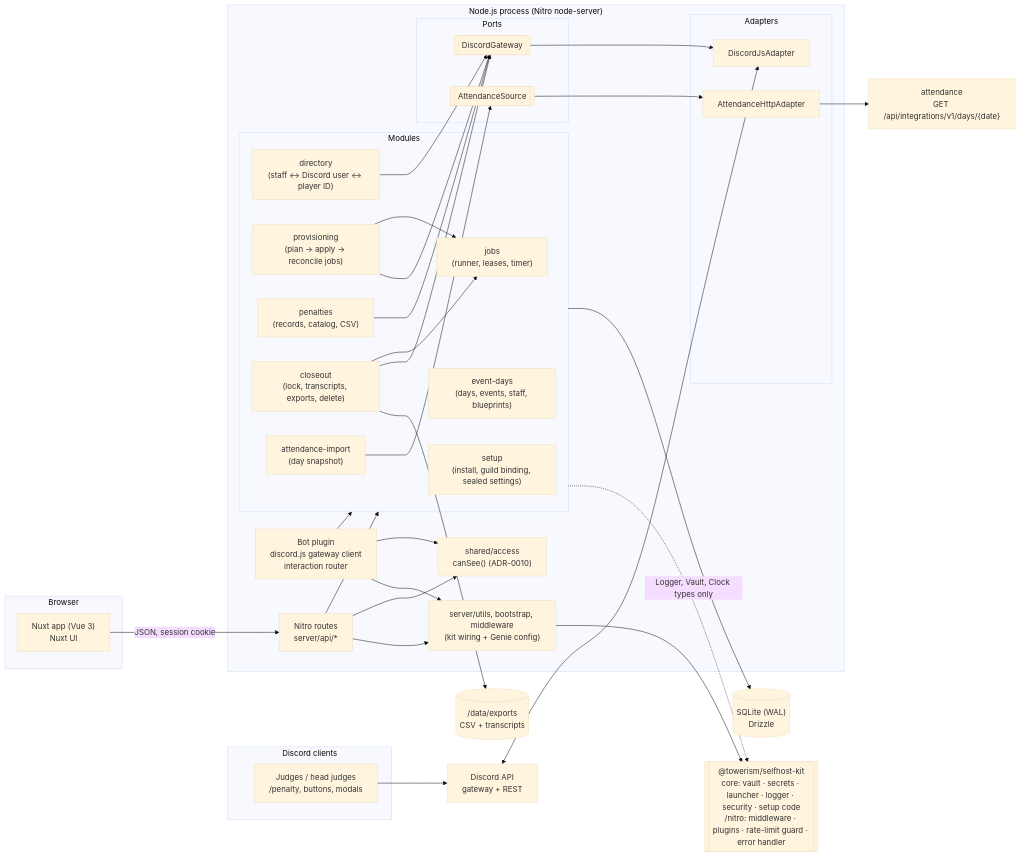
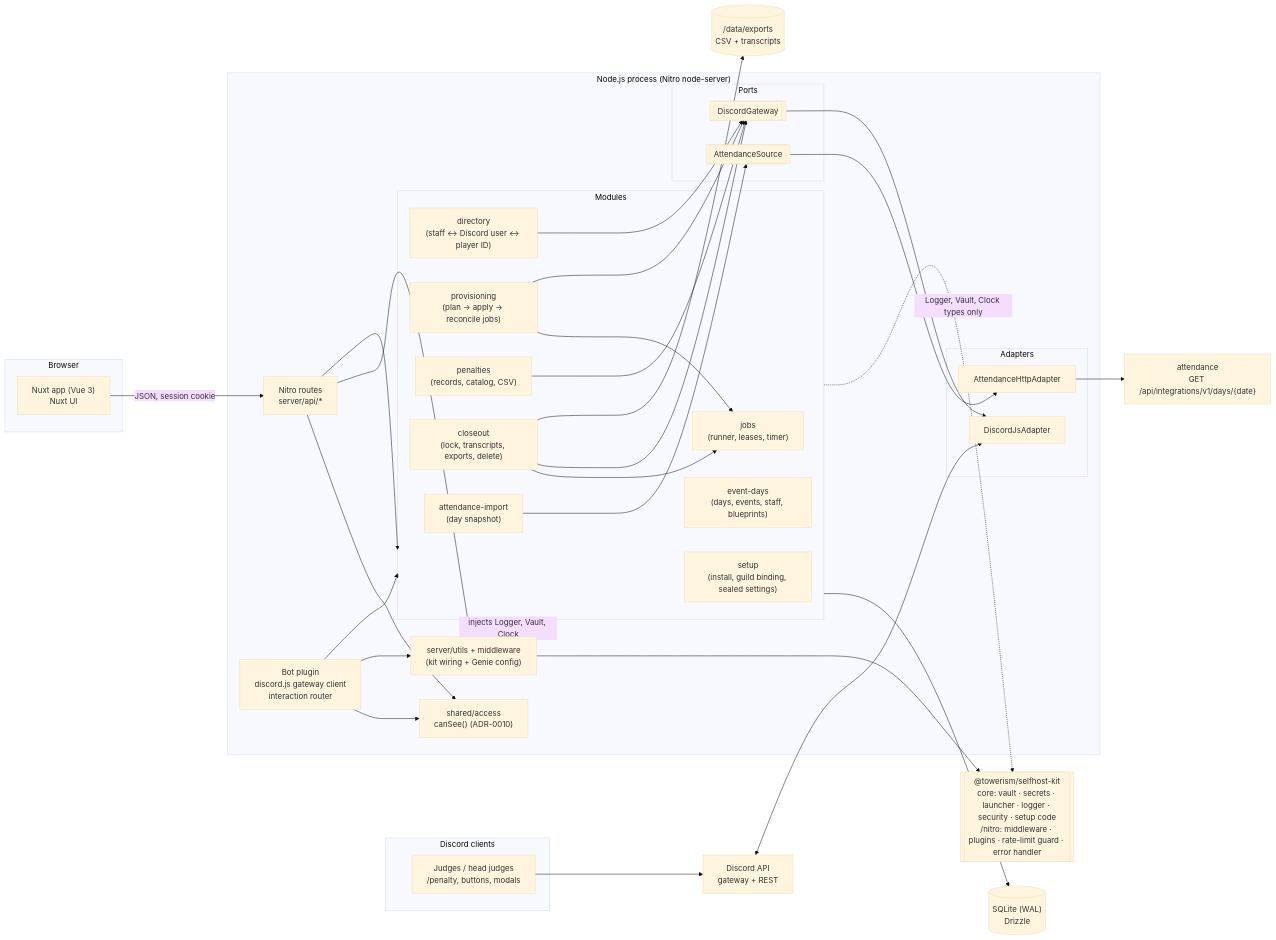
The first of 4 diagrams in docs/architecture/README.md (Towerism/discord-pokemon-tournament-genie), drawn with Mermaid (base theme) before and after one commit. The commit also changed other lines of this file and 3 other files, not shown here.

First line of the commit message:
docs(architecture): address the adversarial review of #5

````diff
--- a/docs/architecture/README.md
+++ b/docs/architecture/README.md
@@ -82,62 +82,63 @@
 ```mermaid
 flowchart LR
   subgraph Browser
     SPA["Nuxt app (Vue 3)<br/>Nuxt UI"]
   end
   subgraph DiscordClients["Discord clients"]
     J["Judges / head judges<br/>/penalty, buttons, modals"]
   end
 
   subgraph Server["Node.js process (Nitro node-server)"]
     API["Nitro routes<br/>server/api/*"]
     BOT["Bot plugin<br/>discord.js gateway client<br/>interaction router"]
     subgraph Modules
       SETUP["setup<br/>(install, guild binding, sealed settings)"]
       DIR["directory<br/>(staff ↔ Discord user ↔ player ID)"]
       DAYS["event-days<br/>(days, events, staff, blueprints)"]
       PROV["provisioning<br/>(plan → apply → reconcile jobs)"]
       PEN["penalties<br/>(records, catalog, CSV)"]
       CLOSE["closeout<br/>(lock, transcripts, exports, delete)"]
       IMP["attendance-import<br/>(day snapshot)"]
       JOBS["jobs<br/>(runner, leases, timer)"]
     end
     ACC["shared/access<br/>canSee() (ADR-0010)"]
-    WIRE["server/utils, bootstrap, middleware<br/>(kit wiring + Genie config)"]
+    WIRE["server/utils + middleware<br/>(kit wiring + Genie config)"]
     subgraph Ports
       DG[["DiscordGateway"]]
       AS[["AttendanceSource"]]
     end
     subgraph Adapters
       DJS["DiscordJsAdapter"]
       AHTTP["AttendanceHttpAdapter"]
     end
   end
 
   KIT[["@towerism/selfhost-kit<br/>core: vault · secrets · launcher · logger · security · setup code<br/>/nitro: middleware · plugins · rate-limit guard · error handler"]]
   DB[("SQLite (WAL)<br/>Drizzle")]
   FS[("/data/exports<br/>CSV + transcripts")]
   DISCORD["Discord API<br/>gateway + REST"]
   ATT["attendance<br/>GET /api/integrations/v1/days/{date}"]
 
   SPA -- "JSON, session cookie" --> API
   J --> DISCORD
   DISCORD <--> DJS
   BOT --> Modules
   API --> Modules
   BOT --> ACC
   API --> ACC
   PROV --> JOBS
   CLOSE --> JOBS
   PROV --> DG
   CLOSE --> DG
   PEN --> DG
   DIR --> DG
   IMP --> AS --> AHTTP --> ATT
   DG --> DJS
   Modules --> DB
   CLOSE --> FS
   API --> WIRE
   BOT --> WIRE
   WIRE --> KIT
+  WIRE -- "injects Logger, Vault, Clock" --> Modules
   Modules -. "Logger, Vault, Clock types only" .-> KIT
 ```
````
